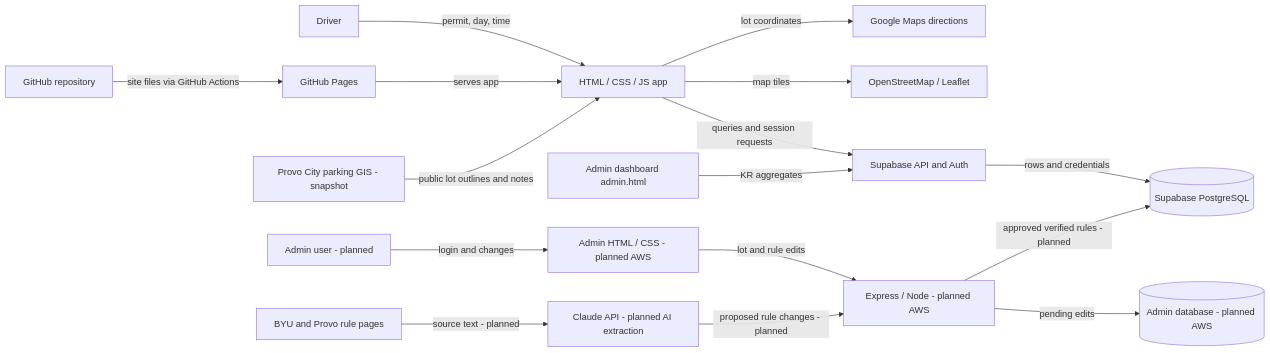
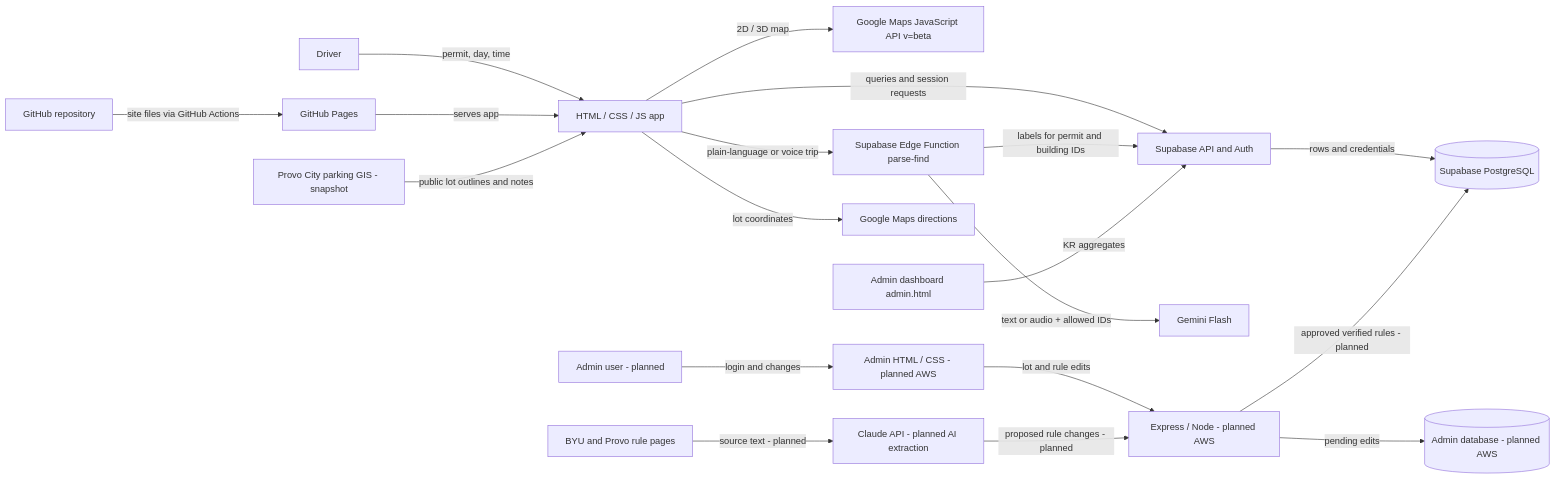
Before and after one commit to ParkerMorris11/ProvoParking: the first of 3 diagrams in README.md, drawn with Mermaid. The commit also changed other lines of this file and 26 other files, not shown here.

First line of the commit message:
Sprint 3: Google Maps 2D/3D map and plain-language + voice Find

````diff
--- a/README.md
+++ b/README.md
@@ -137,18 +138,21 @@
 ```mermaid
 flowchart LR
   U[Driver] -->|permit, day, time| UI[HTML / CSS / JS app]
   GH[GitHub repository] -->|site files via GitHub Actions| P[GitHub Pages]
   P -->|serves app| UI
   UI -->|queries and session requests| API[Supabase API and Auth]
   API -->|rows and credentials| DB[(Supabase PostgreSQL)]
-  UI -->|map tiles| OSM[OpenStreetMap / Leaflet]
+  UI -->|2D / 3D map| GMaps[Google Maps JavaScript API v=beta]
+  UI -->|plain-language or voice trip| Parse[Supabase Edge Function parse-find]
+  Parse -->|text or audio + allowed IDs| Gemini[Gemini Flash]
+  Parse -->|labels for permit and building IDs| API
   CityGIS[Provo City parking GIS - snapshot] -->|public lot outlines and notes| UI
   Admin[Admin dashboard admin.html] -->|KR aggregates| API
   UI -->|lot coordinates| Maps[Google Maps directions]
   A[Admin user - planned] -->|login and changes| WEB[Admin HTML / CSS - planned AWS]
   WEB -->|lot and rule edits| S[Express / Node - planned AWS]
   S -->|pending edits| AD[(Admin database - planned AWS)]
   S -->|approved verified rules - planned| DB
   Sources[BYU and Provo rule pages] -->|source text - planned| AI[Claude API - planned AI extraction]
   AI -->|proposed rule changes - planned| S
 ```
````
